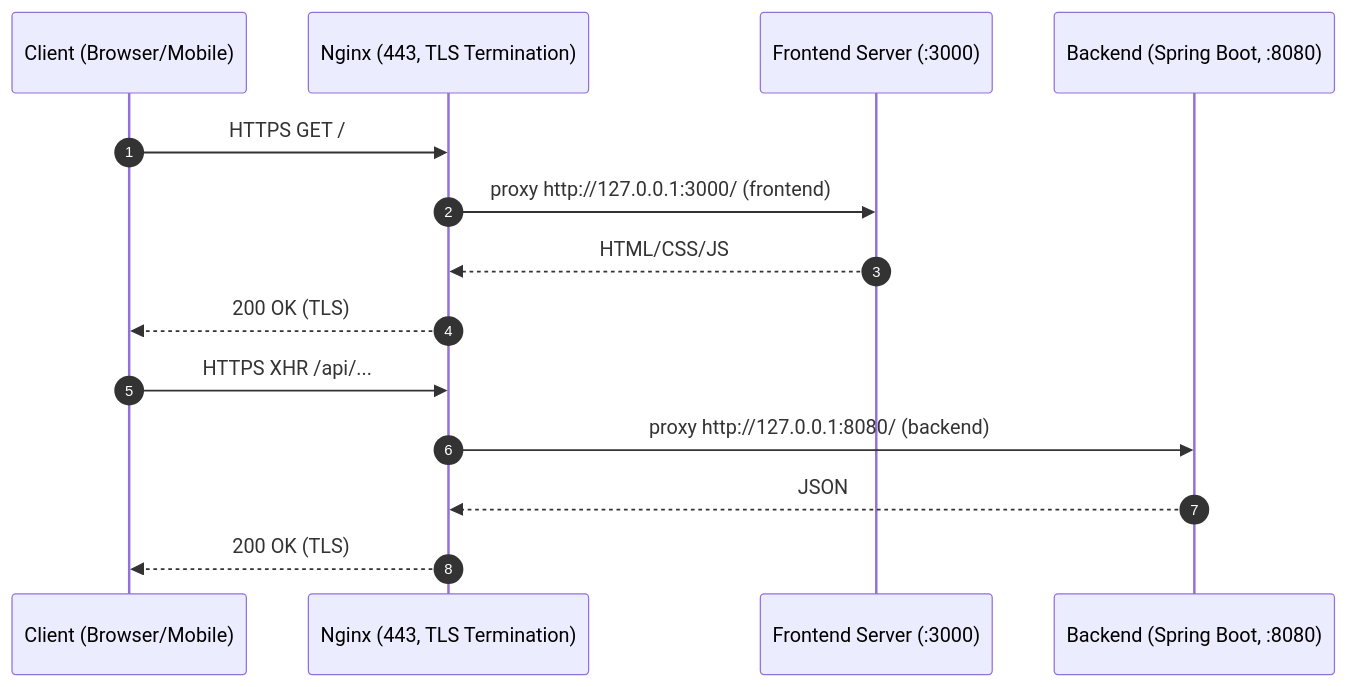
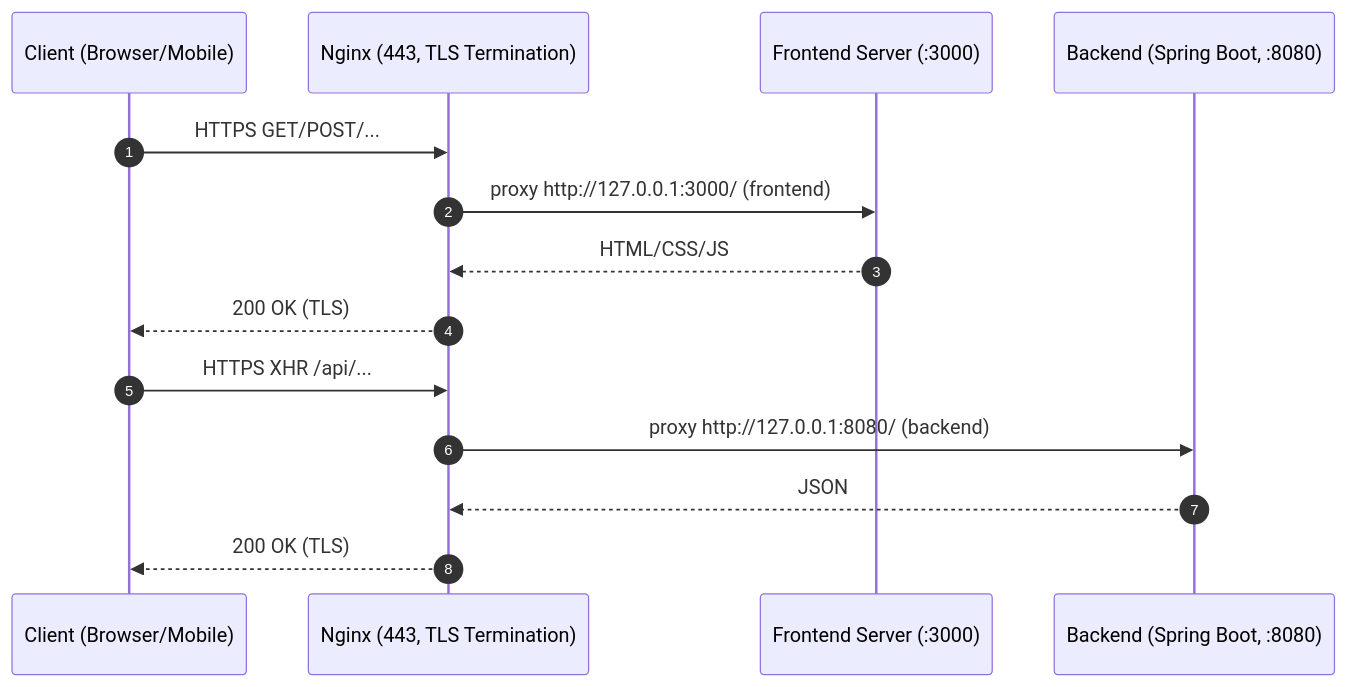
Before and after one commit to dlqhdnjs5/MukChoice: the diagram in README.md, drawn with Mermaid. The commit also changed other lines of this file, not shown here.

````diff
--- a/README.md
+++ b/README.md
@@ -153,18 +157,18 @@
 ```mermaid
 sequenceDiagram
     autonumber
     participant C as Client (Browser/Mobile)
     participant NG as Nginx (443, TLS Termination)
     participant FE as Frontend Server (:3000)
     participant BE as Backend (Spring Boot, :8080)
 
-    C->>NG: HTTPS GET /
+    C->>NG: HTTPS GET/POST/...
     NG->>FE: proxy http://127.0.0.1:3000/ (frontend)
     FE-->>NG: HTML/CSS/JS
     NG-->>C: 200 OK (TLS)
 
     C->>NG: HTTPS XHR /api/...
     NG->>BE: proxy http://127.0.0.1:8080/ (backend)
     BE-->>NG: JSON
     NG-->>C: 200 OK (TLS)
 ```
````
